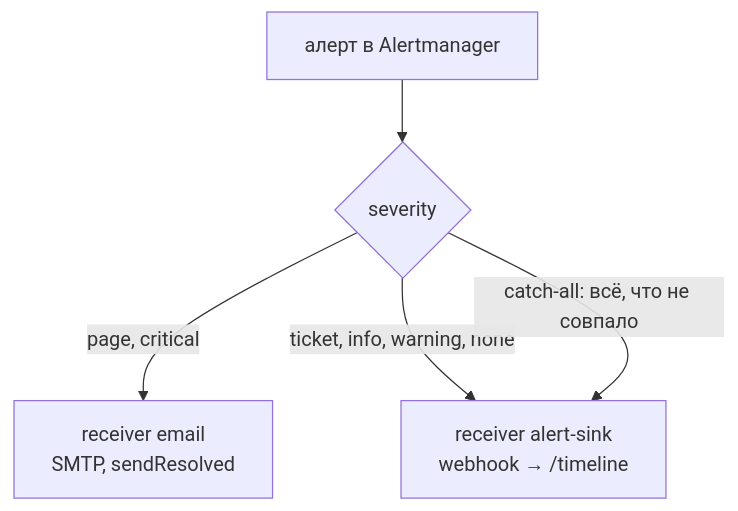
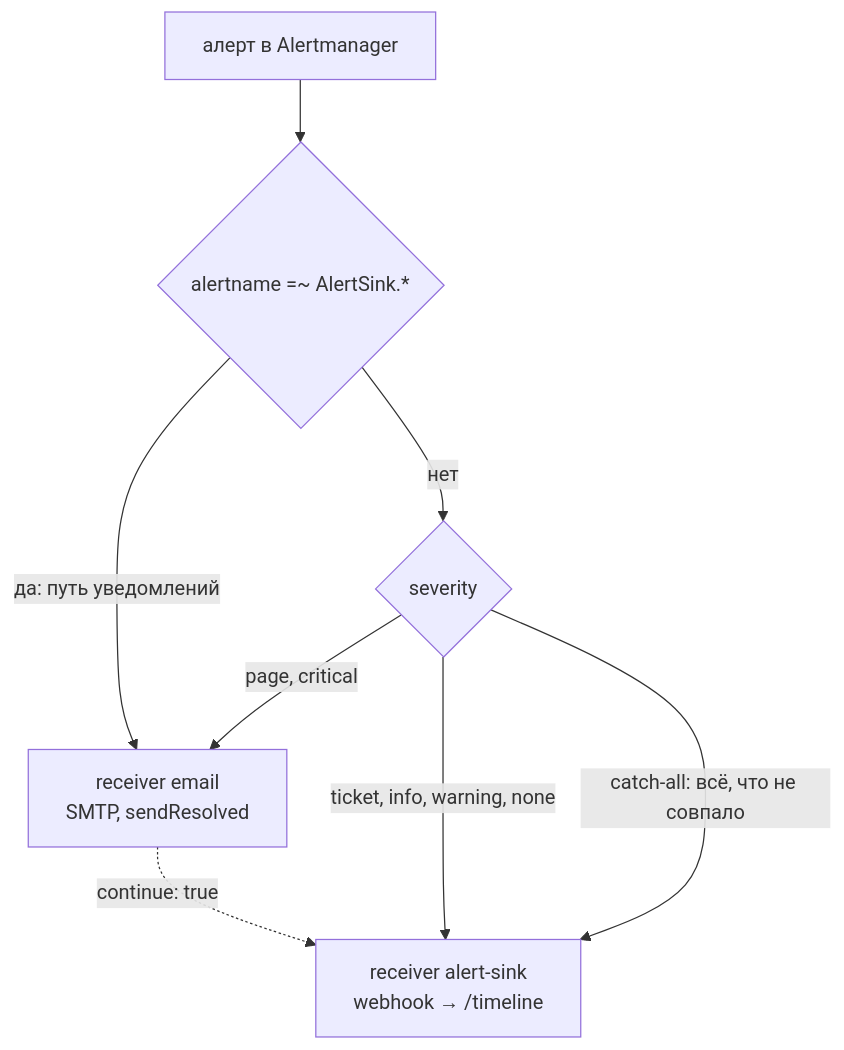
One commit to morgenvor/k8s-observability-lab changed the second of 2 diagrams in README.md. Above: the diagram before and after it, drawn with Mermaid. The commit also changed other lines of this file and 6 other files, not shown here.

````diff
--- a/README.md
+++ b/README.md
@@ -38,7 +38,10 @@
 ```mermaid
 flowchart TD
-  alert["алерт в Alertmanager"] --> severity{"severity"}
-  severity -->|"page, critical"| email["receiver email<br/>SMTP, sendResolved"]
+  alert["алерт в Alertmanager"] --> hb{"alertname =~ AlertSink.*"}
+  hb -->|"да: путь уведомлений"| email["receiver email<br/>SMTP, sendResolved"]
+  hb -->|"нет"| severity{"severity"}
+  severity -->|"page, critical"| email
   severity -->|"ticket, info, warning, none"| sink["receiver alert-sink<br/>webhook → /timeline"]
   severity -->|"catch-all: всё, что не совпало"| sink
+  email -.->|"continue: true"| sink
 ```
````
